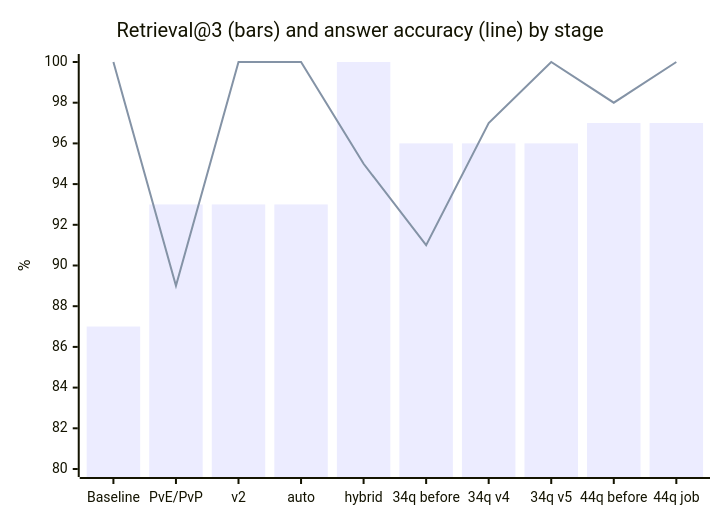
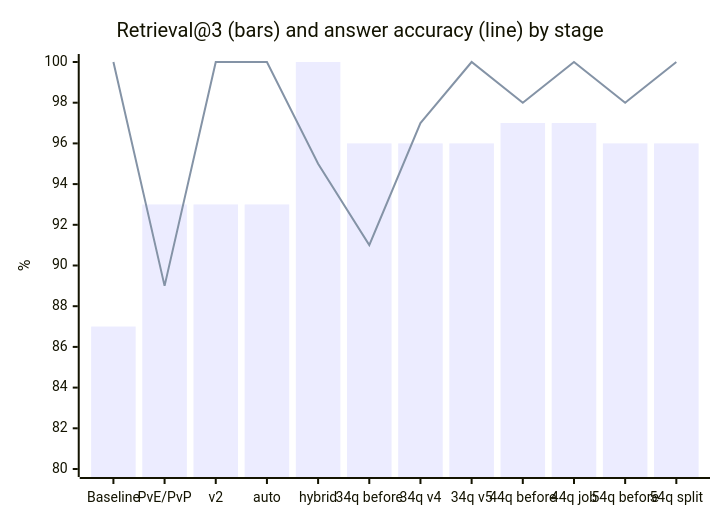
The diagram in README.en.md (ysk-rk/ff14-patch-qa), drawn with Mermaid before and after one commit. The commit also changed other lines of this file and 1 other file, not shown here.

````diff
--- a/README.en.md
+++ b/README.en.md
@@ -53,8 +55,8 @@
 ```mermaid
 xychart-beta
     title "Retrieval@3 (bars) and answer accuracy (line) by stage"
-    x-axis ["Baseline", "PvE/PvP", "v2", "auto", "hybrid", "34q before", "34q v4", "34q v5", "44q before", "44q job"]
+    x-axis ["Baseline", "PvE/PvP", "v2", "auto", "hybrid", "34q before", "34q v4", "34q v5", "44q before", "44q job", "54q before", "54q split"]
     y-axis "%" 80 --> 100
-    bar [87, 93, 93, 93, 100, 96, 96, 96, 97, 97]
-    line [100, 89, 100, 100, 95, 91, 97, 100, 98, 100]
+    bar [87, 93, 93, 93, 100, 96, 96, 96, 97, 97, 96, 96]
+    line [100, 89, 100, 100, 95, 91, 97, 100, 98, 100, 98, 100]
 ```
````
